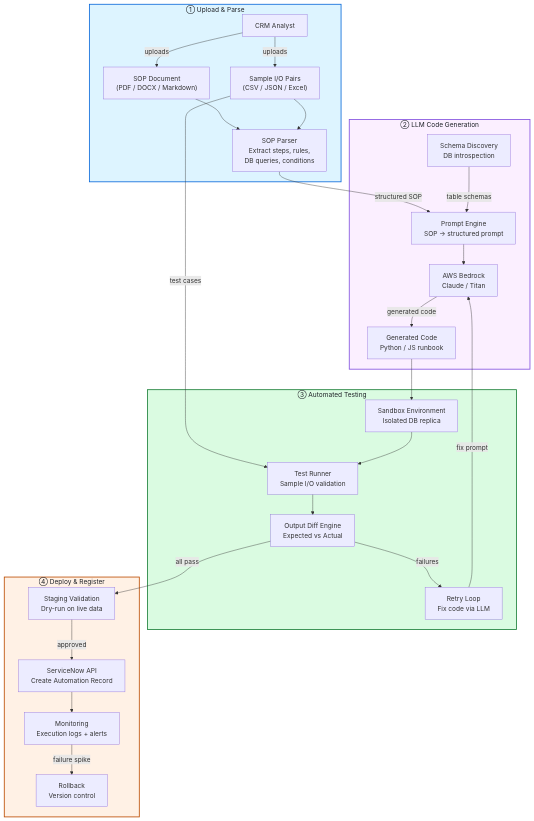
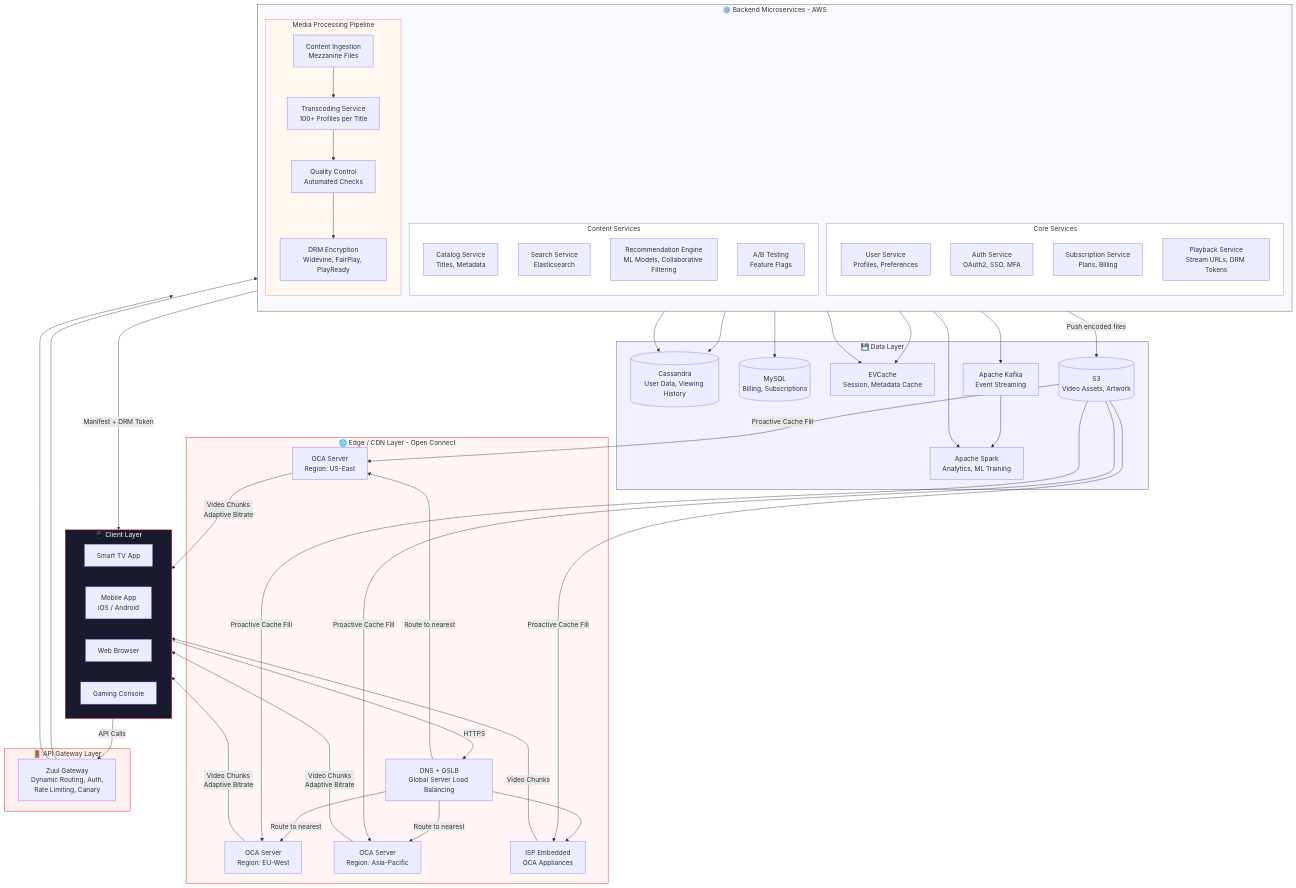
The first of 14 diagrams in README.md (KiZamaDo/KiZamaDo.github.io), drawn with Mermaid before and after one commit. The commit also changed other lines of this file, not shown here.

Commit message:
changed code

```diff
--- a/README.md
+++ b/README.md
@@ -141,57 +327,79 @@
-  <div class="mermaid">
+        <pre class="mermaid">
 graph TB
-    subgraph Upload["① Upload & Parse"]
-        USER["CRM Analyst"]
-        SOP["SOP Document<br/>(PDF / DOCX / Markdown)"]
-        SAMPLES["Sample I/O Pairs<br/>(CSV / JSON / Excel)"]
-        PARSER["SOP Parser<br/>Extract steps, rules,<br/>DB queries, conditions"]
+    subgraph Clients["📱 Client Layer"]
+        TV["Smart TV App"]
+        Mobile["Mobile App<br/>iOS / Android"]
+        Web["Web Browser"]
+        Console["Gaming Console"]
     end
 
-    subgraph Generate["② LLM Code Generation"]
-        BEDROCK["AWS Bedrock<br/>Claude / Titan"]
-        PROMPT_ENG["Prompt Engine<br/>SOP → structured prompt"]
-        CODE_GEN["Generated Code<br/>Python / JS runbook"]
-        SCHEMA_DISC["Schema Discovery<br/>DB introspection"]
+    subgraph EdgeLayer["🌐 Edge / CDN Layer - Open Connect"]
+        DNS["DNS + GSLB<br/>Global Server Load Balancing"]
+        OCA1["OCA Server<br/>Region: US-East"]
+        OCA2["OCA Server<br/>Region: EU-West"]
+        OCA3["OCA Server<br/>Region: Asia-Pacific"]
+        ISP1["ISP Embedded<br/>OCA Appliances"]
     end
 
-    subgraph Test["③ Automated Testing"]
-        SANDBOX["Sandbox Environment<br/>Isolated DB replica"]
-        RUNNER["Test Runner<br/>Sample I/O validation"]
-        DIFF["Output Diff Engine<br/>Expected vs Actual"]
-        RETRY["Retry Loop<br/>Fix code via LLM"]
+    subgraph APIGateway["🚪 API Gateway Layer"]
+        Zuul["Zuul Gateway<br/>Dynamic Routing, Auth,<br/>Rate Limiting, Canary"]
     end
 
-    subgraph Deploy["④ Deploy & Register"]
-        STAGING["Staging Validation<br/>Dry-run on live data"]
-        SNOW["ServiceNow API<br/>Create Automation Record"]
-        MONITOR["Monitoring<br/>Execution logs + alerts"]
-        ROLLBACK["Rollback<br/>Version control"]
+    subgraph BackendServices["⚙️ Backend Microservices - AWS"]
+        direction TB
+        subgraph CoreServices["Core Services"]
+            UserSvc["User Service<br/>Profiles, Preferences"]
+            AuthSvc["Auth Service<br/>OAuth2, SSO, MFA"]
+            SubSvc["Subscription Service<br/>Plans, Billing"]
+            PlaybackSvc["Playback Service<br/>Stream URLs, DRM Tokens"]
+        end
+        subgraph ContentServices["Content Services"]
+            CatalogSvc["Catalog Service<br/>Titles, Metadata"]
+            SearchSvc["Search Service<br/>Elasticsearch"]
+            RecSvc["Recommendation Engine<br/>ML Models, Collaborative Filtering"]
+            ABTest["A/B Testing<br/>Feature Flags"]
+        end
+        subgraph MediaPipeline["Media Processing Pipeline"]
+            Ingest["Content Ingestion<br/>Mezzanine Files"]
+            Transcode["Transcoding Service<br/>100+ Profiles per Title"]
+            QC["Quality Control<br/>Automated Checks"]
+            Encrypt["DRM Encryption<br/>Widevine, FairPlay, PlayReady"]
+        end
     end
 
-    USER -->|"uploads"| SOP
-    USER -->|"uploads"| SAMPLES
-    SOP --> PARSER
-    SAMPLES --> PARSER
+    subgraph DataLayer["💾 Data Layer"]
+        CassDB[("Cassandra<br/>User Data, Viewing History")]
+        MySQL[("MySQL<br/>Billing, Subscriptions")]
+        EVCache["EVCache<br/>Session, Metadata Cache"]
+        S3[("S3<br/>Video Assets, Artwork")]
+        Kafka["Apache Kafka<br/>Event Streaming"]
+        Spark["Apache Spark<br/>Analytics, ML Training"]
+    end
 
-    PARSER -->|"structured SOP"| PROMPT_ENG
-    PROMPT_ENG --> BEDROCK
-    SCHEMA_DISC -->|"table schemas"| PROMPT_ENG
-    BEDROCK -->|"generated code"| CODE_GEN
+    Clients -->|"HTTPS"| DNS
+    DNS -->|"Route to nearest"| OCA1 & OCA2 & OCA3
+    DNS --> ISP1
+    Clients -->|"API Calls"| Zuul
+    Zuul --> CoreServices
+    Zuul --> ContentServices
+    PlaybackSvc -->|"Manifest + DRM Token"| Clients
+    OCA1 & OCA2 & OCA3 -->|"Video Chunks<br/>Adaptive Bitrate"| Clients
+    ISP1 -->|"Video Chunks"| Clients
+    Ingest --> Transcode --> QC --> Encrypt
+    Encrypt -->|"Push encoded files"| S3
+    S3 -->|"Proactive Cache Fill"| OCA1 & OCA2 & OCA3 & ISP1
+    CoreServices --> CassDB & MySQL & EVCache
+    ContentServices --> CassDB & EVCache
+    RecSvc --> Spark
+    CoreServices --> Kafka
+    Kafka --> Spark
 
-    CODE_GEN --> SANDBOX
-    SAMPLES -->|"test cases"| RUNNER
-    SANDBOX --> RUNNER
-    RUNNER --> DIFF
-    DIFF -->|"failures"| RETRY
-    RETRY -->|"fix prompt"| BEDROCK
-    DIFF -->|"all pass"| STAGING
-
-    STAGING -->|"approved"| SNOW
-    SNOW --> MONITOR
-    MONITOR -->|"failure spike"| ROLLBACK
-
-    style Upload fill:#ddf4ff,stroke:#0969da,stroke-width:2px,color:#1f2328
-    style Generate fill:#fbefff,stroke:#8250df,stroke-width:2px,color:#1f2328
-    style Test fill:#dafbe1,stroke:#1a7f37,stroke-width:2px,color:#1f2328
-    style Deploy fill:#fff1e5,stroke:#bc4c00,stroke-width:2px,color:#1f2328
-  </div>
+    style Clients fill:#1a1a2e,stroke:#e50914,color:#fff
+    style EdgeLayer fill:#fff5f5,stroke:#e50914,color:#333
+    style APIGateway fill:#fff0f0,stroke:#e50914,color:#333
+    style BackendServices fill:#f8f8ff,stroke:#555,color:#333
+    style DataLayer fill:#f0f0ff,stroke:#555,color:#333
+    style CoreServices fill:#fff,stroke:#999,color:#333
+    style ContentServices fill:#fff,stroke:#999,color:#333
+    style MediaPipeline fill:#fff8f0,stroke:#e88,color:#333
+        </pre>
```
